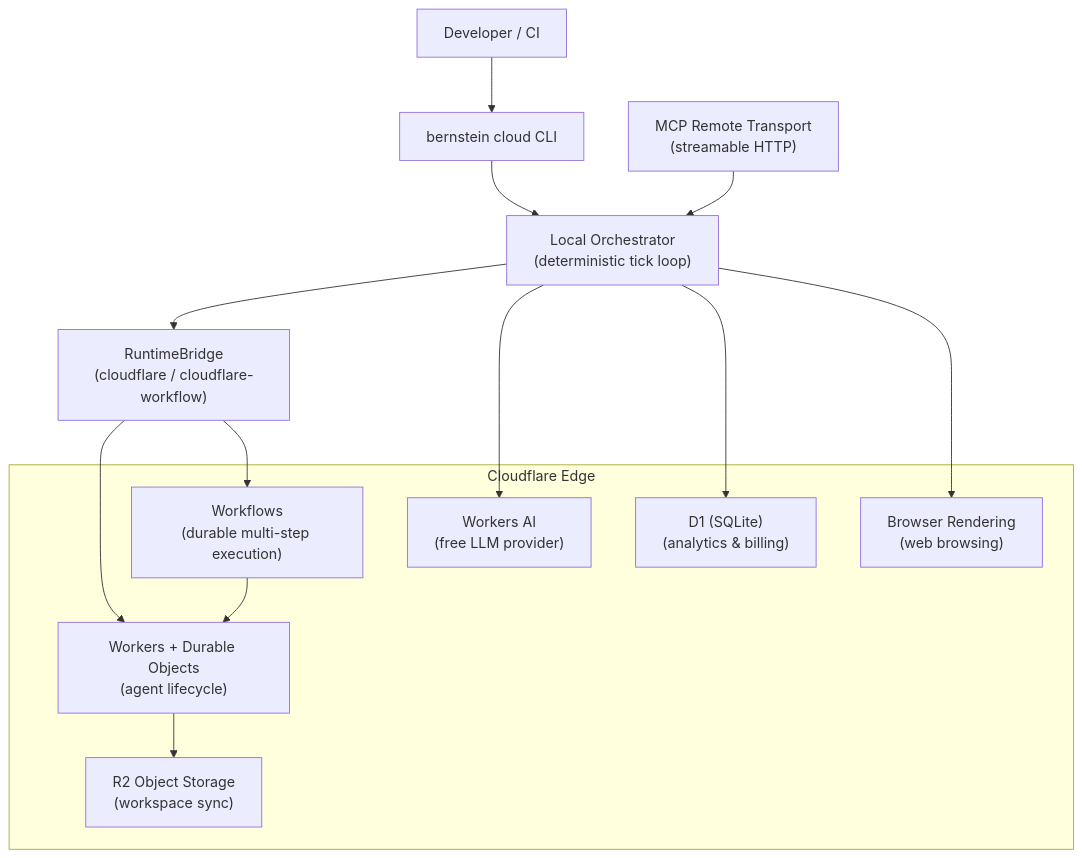
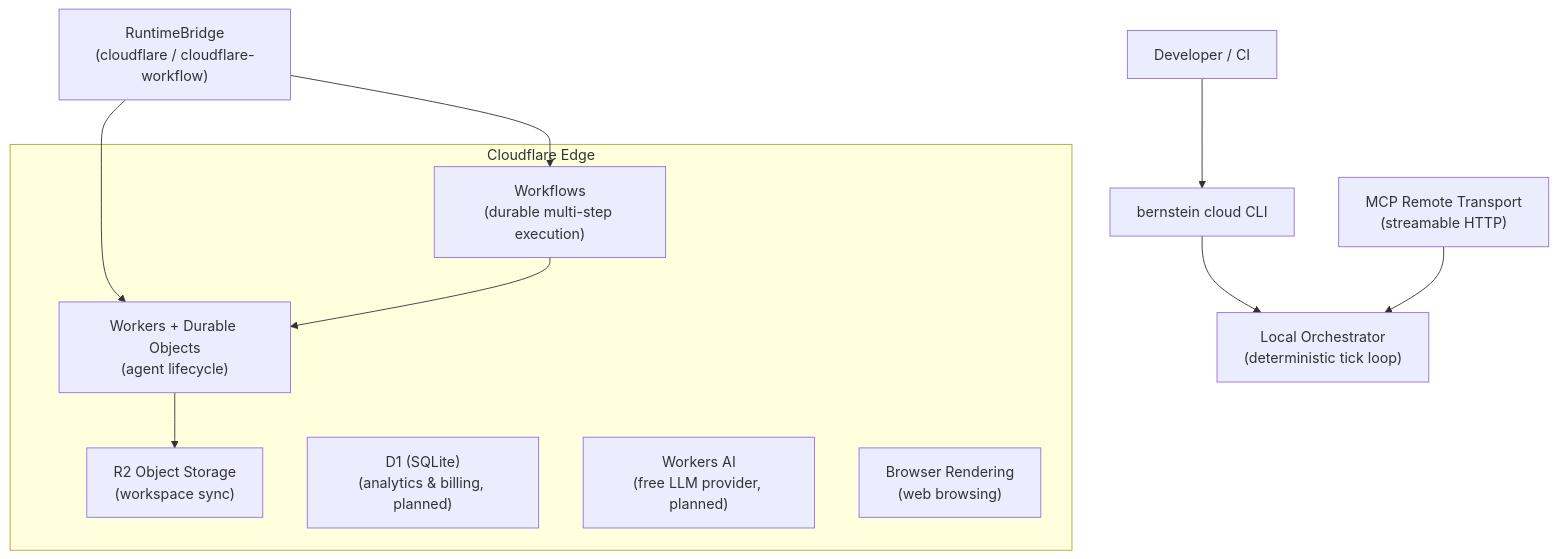
One commit to sipyourdrink-ltd/bernstein changed the diagram in docs/cloudflare/cloudflare-overview.md. Above: the diagram before and after it, drawn with Mermaid. The commit also changed other lines of this file and 57 other files, not shown here.

````diff
--- a/docs/cloudflare/cloudflare-overview.md
+++ b/docs/cloudflare/cloudflare-overview.md
@@ -30,28 +31,24 @@
 ```mermaid
 graph TD
     User["Developer / CI"]
     CLI["bernstein cloud CLI"]
     Orch["Local Orchestrator<br/>(deterministic tick loop)"]
     Bridge["RuntimeBridge<br/>(cloudflare / cloudflare-workflow)"]
 
     subgraph Cloudflare["Cloudflare Edge"]
         Worker["Workers + Durable Objects<br/>(agent lifecycle)"]
         Workflow["Workflows<br/>(durable multi-step execution)"]
         R2["R2 Object Storage<br/>(workspace sync)"]
-        D1["D1 (SQLite)<br/>(analytics & billing)"]
-        AI["Workers AI<br/>(free LLM provider)"]
+        D1["D1 (SQLite)<br/>(analytics & billing, planned)"]
+        AI["Workers AI<br/>(free LLM provider, planned)"]
         Browser["Browser Rendering<br/>(web browsing)"]
     end
 
     MCP["MCP Remote Transport<br/>(streamable HTTP)"]
 
     User --> CLI --> Orch
-    Orch --> Bridge
     Bridge --> Worker & Workflow
     Worker --> R2
     Workflow --> Worker
-    Orch --> AI
-    Orch --> D1
-    Orch --> Browser
     MCP --> Orch
 ```
````
